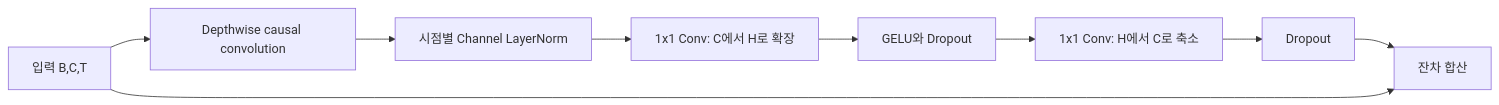
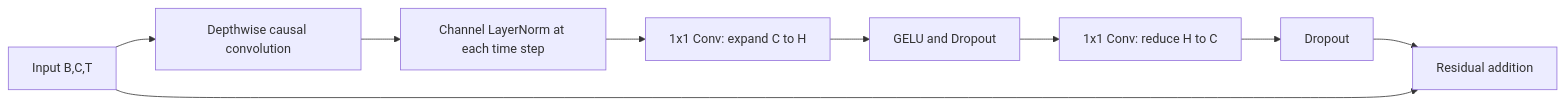
Before and after one commit to yangjunahn/lrf-sswu: the second of 2 diagrams in BiLSTM_ModernTCN_Code_Review_and_User_Manual.md, drawn with Mermaid. The commit also changed other lines of this file and 1 other file, not shown here.

````diff
--- a/BiLSTM_ModernTCN_Code_Review_and_User_Manual.md
+++ b/BiLSTM_ModernTCN_Code_Review_and_User_Manual.md
@@ -279,11 +281,11 @@
 ```mermaid
 flowchart LR
-    X[입력 B,C,T] --> DW[Depthwise causal convolution]
-    DW --> LN[시점별 Channel LayerNorm]
-    LN --> E[1x1 Conv: C에서 H로 확장]
-    E --> GD[GELU와 Dropout]
-    GD --> P[1x1 Conv: H에서 C로 축소]
+    X[Input B,C,T] --> DW[Depthwise causal convolution]
+    DW --> LN[Channel LayerNorm at each time step]
+    LN --> E[1x1 Conv: expand C to H]
+    E --> GD[GELU and Dropout]
+    GD --> P[1x1 Conv: reduce H to C]
     P --> D[Dropout]
-    D --> ADD[잔차 합산]
+    D --> ADD[Residual addition]
     X --> ADD
 ```
````
